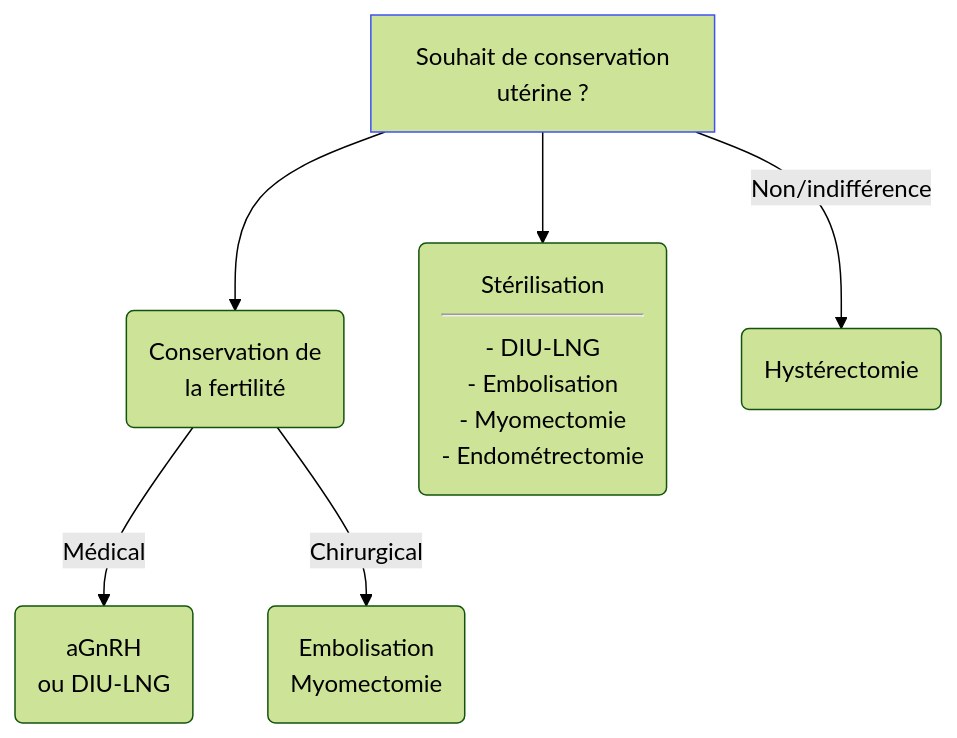
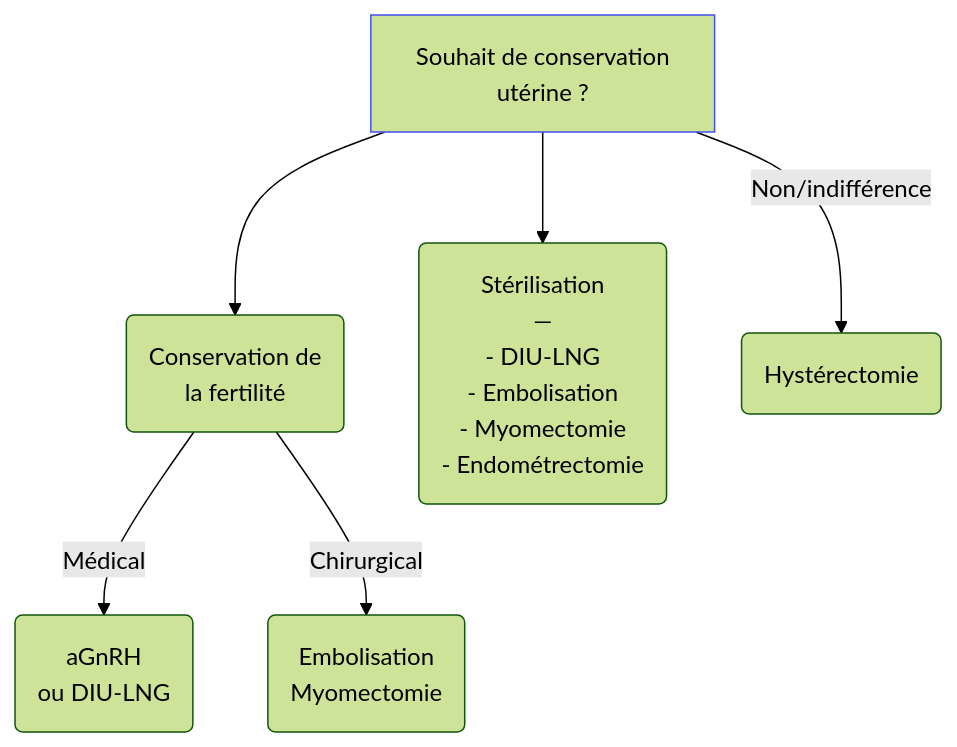
The third of 3 diagrams in content/recommandations/menorragies.md (djibe/recommandations-medicales), drawn with Mermaid (forest theme) before and after one commit. The commit also changed other lines of this file and 51 other files, not shown here.

```diff
--- a/content/recommandations/menorragies.md
+++ b/content/recommandations/menorragies.md
@@ -260,10 +260,10 @@
 {{< mermaid title="Prise en charge des ménorragies en présence de myomes type 3 et plus selon CNGOF 2022" >}}
 graph TB
   myome[Souhait de conservation<br>utérine ?]
   style myome stroke:#4150f5, stroke-width:1px
     myome --> conservation(Conservation de<br>la fertilité)
       conservation -- Médical --> medical(aGnRH<br>ou DIU-LNG)
       conservation -- Chirurgical --> chirurgical(Embolisation<br>Myomectomie)
-    myome --> sterilisation(Stérilisation<hr>- DIU-LNG<br>- Embolisation<br>- Myomectomie<br>- Endométrectomie)
+    myome --> sterilisation(Stérilisation<br>—<br>- DIU-LNG<br>- Embolisation<br>- Myomectomie<br>- Endométrectomie)
     myome -- Non/indifférence --> hystérectomie(Hystérectomie)
 {{< /mermaid >}}
```
